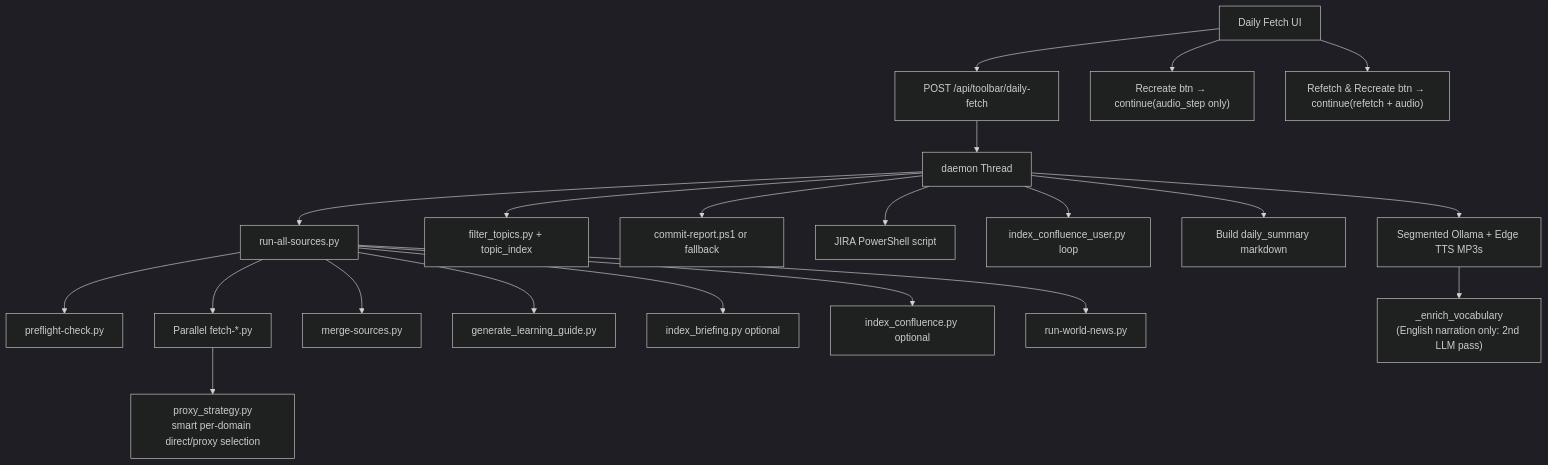
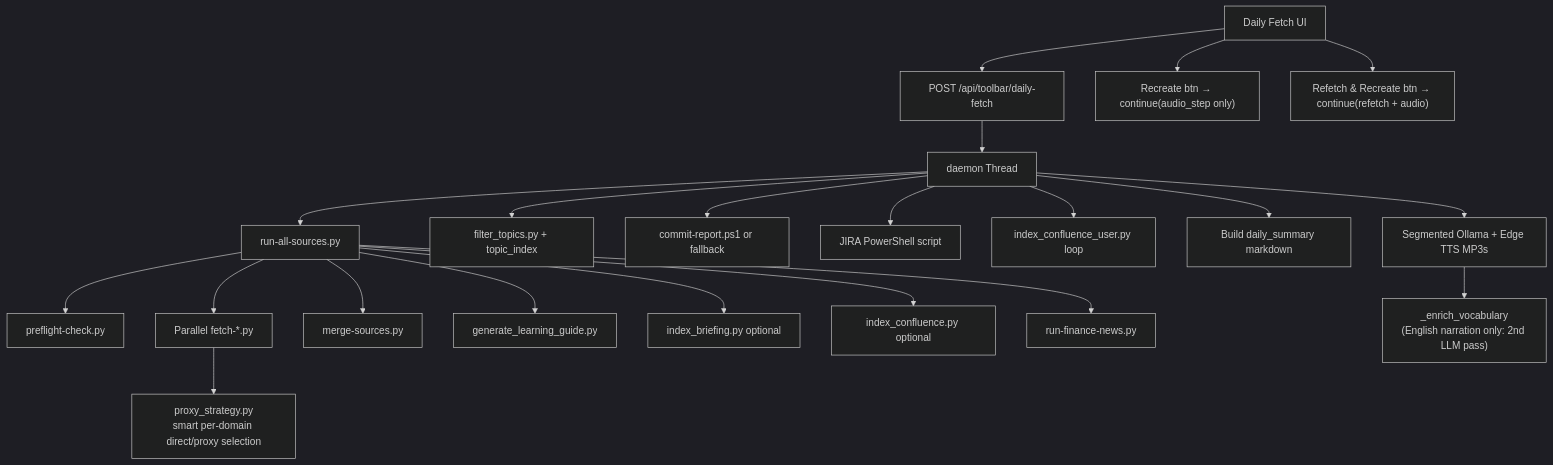
The diagram in docs/implementation/personal/daily-fetch-impl.md (medavisyin/jarvis-yin), drawn with Mermaid (dark theme) before and after one commit. The commit also changed other lines of this file and 50 other files, not shown here.

````diff
--- a/docs/implementation/personal/daily-fetch-impl.md
+++ b/docs/implementation/personal/daily-fetch-impl.md
@@ -25,23 +27,23 @@
 ```mermaid
 flowchart TD
   UI[Daily Fetch UI] --> POST["POST /api/toolbar/daily-fetch"]
   UI --> RecreateOnly["Recreate btn → continue(audio_step only)"]
   UI --> RefetchRecreate["Refetch & Recreate btn → continue(refetch + audio)"]
   POST --> Thread[daemon Thread]
   Thread --> RAS["run-all-sources.py"]
   RAS --> PF[preflight-check.py]
   RAS --> Fetch[Parallel fetch-*.py]
   Fetch --> Proxy["proxy_strategy.py<br/>smart per-domain direct/proxy selection"]
   RAS --> Merge[merge-sources.py]
   RAS --> LG[generate_learning_guide.py]
   RAS --> Idx[index_briefing.py optional]
   RAS --> Conf[index_confluence.py optional]
-  RAS --> WN[run-world-news.py]
+  RAS --> FN[run-finance-news.py]
   Thread --> Dedup["filter_topics.py + topic_index"]
   Thread --> Commit[commit-report.ps1 or fallback]
   Thread --> Jira[JIRA PowerShell script]
   Thread --> Wiki[index_confluence_user.py loop]
   Thread --> Sum[Build daily_summary markdown]
   Thread --> Audio[Segmented Ollama + Edge TTS MP3s]
   Audio --> Enrich["_enrich_vocabulary<br/>(English narration only: 2nd LLM pass)"]
 ```
````
